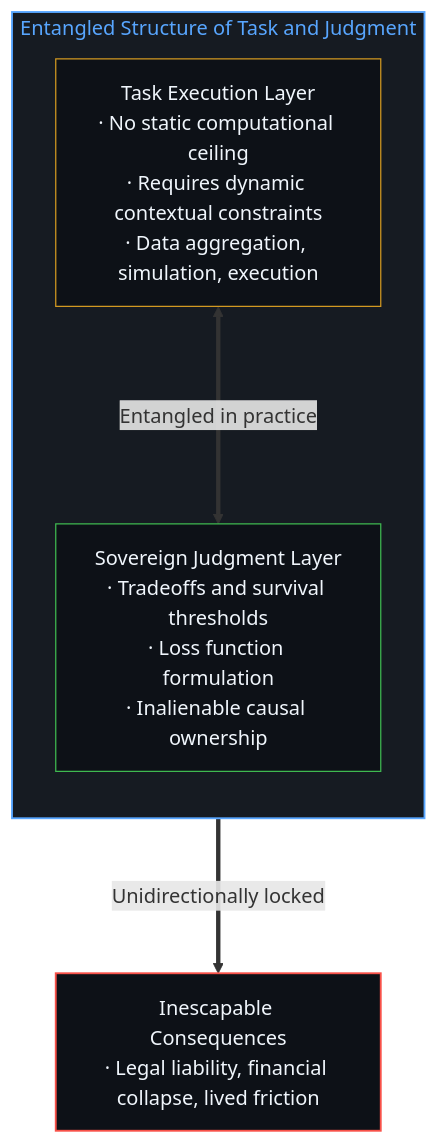
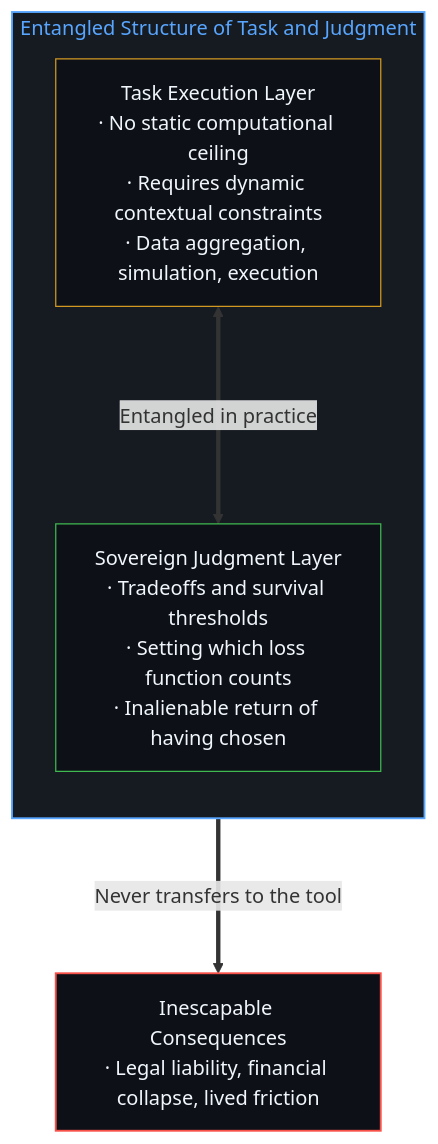
One commit to powerpig99/not-a-toe changed the fourth of 12 diagrams in content/posts/the-delegation-of-the-task-and-the-inalienability-of-consequences.md. Above: the diagram before and after it, drawn with Mermaid. The commit also changed other lines of this file and 12 other files, not shown here.

````diff
--- a/content/posts/the-delegation-of-the-task-and-the-inalienability-of-consequences.md
+++ b/content/posts/the-delegation-of-the-task-and-the-inalienability-of-consequences.md
@@ -104,14 +104,14 @@
 ```mermaid
 flowchart TD
     subgraph S_Delegation["Entangled Structure of Task and Judgment"]
         direction TB
         T["Task Execution Layer<br/>· No static computational ceiling<br/>· Requires dynamic contextual constraints<br/>· Data aggregation, simulation, execution"]
-        J["Sovereign Judgment Layer<br/>· Tradeoffs and survival thresholds<br/>· Loss function formulation<br/>· Inalienable causal ownership"]
+        J["Sovereign Judgment Layer<br/>· Tradeoffs and survival thresholds<br/>· Setting which loss function counts<br/>· Inalienable return of having chosen"]
         T <===>|"Entangled in practice"| J
     end
-    J ===>|"Unidirectionally locked"| R["Inescapable Consequences<br/>· Legal liability, financial collapse, lived friction"]
+    J ===>|"Never transfers to the tool"| R["Inescapable Consequences<br/>· Legal liability, financial collapse, lived friction"]
     style S_Delegation fill:#161b22,stroke:#58a6ff,stroke-width:1.5px,color:#58a6ff
     style T fill:#0d1117,stroke:#d29922,stroke-width:1px,color:#f0f6fc
     style J fill:#0d1117,stroke:#3fb950,stroke-width:1px,color:#f0f6fc
     style R fill:#0d1117,stroke:#f85149,stroke-width:1.5px,color:#f0f6fc
 ```
````
